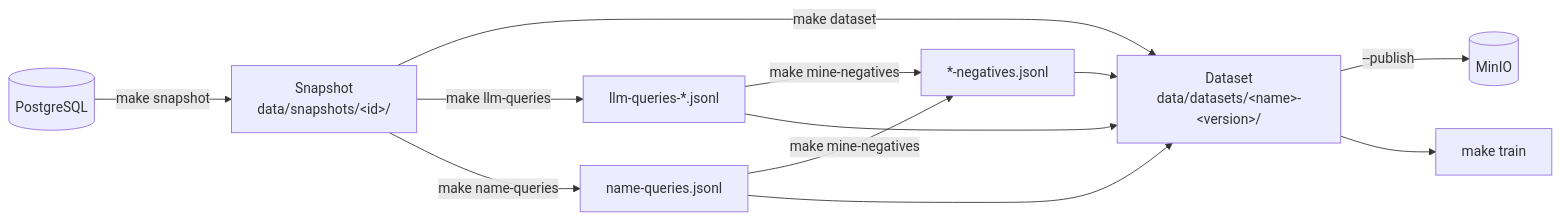
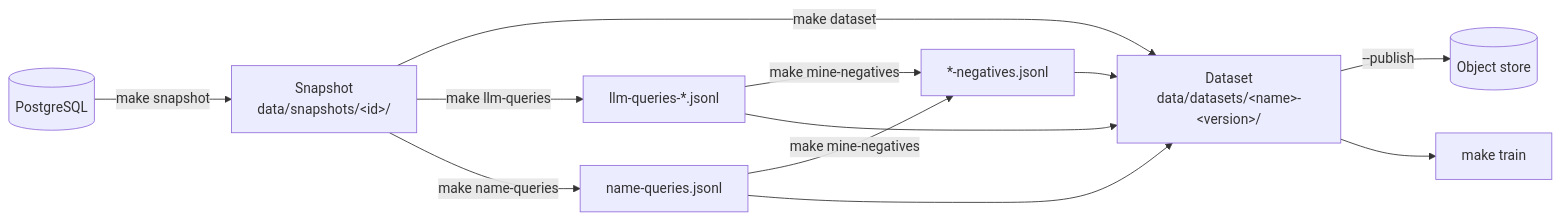
One commit to poornanat1/podcast-retrieval changed the diagram in docs/03-data-pipeline.md. Above: the diagram before and after it, drawn with Mermaid. The commit also changed other lines of this file and 17 other files, not shown here.

First line of the commit message:
feat: talk to object storage through the S3 API instead of MinIO clients

````diff
--- a/docs/03-data-pipeline.md
+++ b/docs/03-data-pipeline.md
@@ -3,14 +3,14 @@
 ```mermaid
 flowchart LR
     PG[("PostgreSQL")] -->|"make snapshot"| SNAP["Snapshot<br/>data/snapshots/&lt;id&gt;/"]
     SNAP -->|"make dataset"| DS["Dataset<br/>data/datasets/&lt;name&gt;-&lt;version&gt;/"]
     SNAP -->|"make llm-queries"| LQ["llm-queries-*.jsonl"]
     SNAP -->|"make name-queries"| NQ["name-queries.jsonl"]
     LQ -->|"make mine-negatives"| NEG["*-negatives.jsonl"]
     NQ -->|"make mine-negatives"| NEG
     NQ --> DS
     LQ --> DS
     NEG --> DS
-    DS -->|"--publish"| MINIO[("MinIO")]
+    DS -->|"--publish"| S3[("Object store")]
     DS --> TRAIN["make train"]
 ```
````
